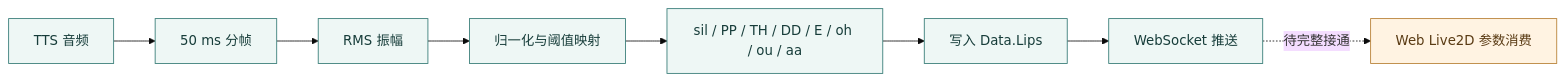
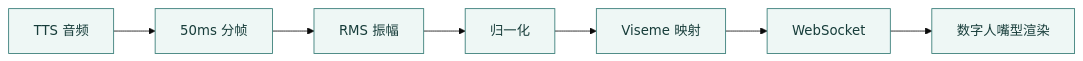
One commit to Serein-hue/Software-Digital-human changed the second of 3 diagrams in docs/submission-report/04-项目亮点与创新点总结.md. Above: the diagram before and after it, drawn with Mermaid (base theme). The commit also changed other lines of this file and 10 other files, not shown here.

````diff
--- a/docs/submission-report/04-项目亮点与创新点总结.md
+++ b/docs/submission-report/04-项目亮点与创新点总结.md
@@ -105,14 +86,11 @@
 ```mermaid
 flowchart LR
-  T[TTS 音频] --> F[50 ms 分帧]
+  T[TTS 音频] --> F[50ms 分帧]
   F --> R[RMS 振幅]
-  R --> N[归一化与阈值映射]
-  N --> V[sil / PP / TH / DD / E / oh / ou / aa]
-  V --> W[写入 Data.Lips]
-  W --> S[WebSocket 推送]
-  S -.待完整接通.-> L[Web Live2D 参数消费]
-  classDef done fill:#eef7f5,stroke:#2f7772,color:#173d3a
-  classDef partial fill:#fff3e2,stroke:#b57c2e,color:#5a3b14
-  class T,F,R,N,V,W,S done
-  class L partial
+  R --> N[归一化]
+  N --> V[Viseme 映射]
+  V --> W[WebSocket]
+  W --> L[数字人嘴型渲染]
+  classDef node fill:#eef7f5,stroke:#2f7772,color:#173d3a
+  class T,F,R,N,V,W,L node
 ```
````
